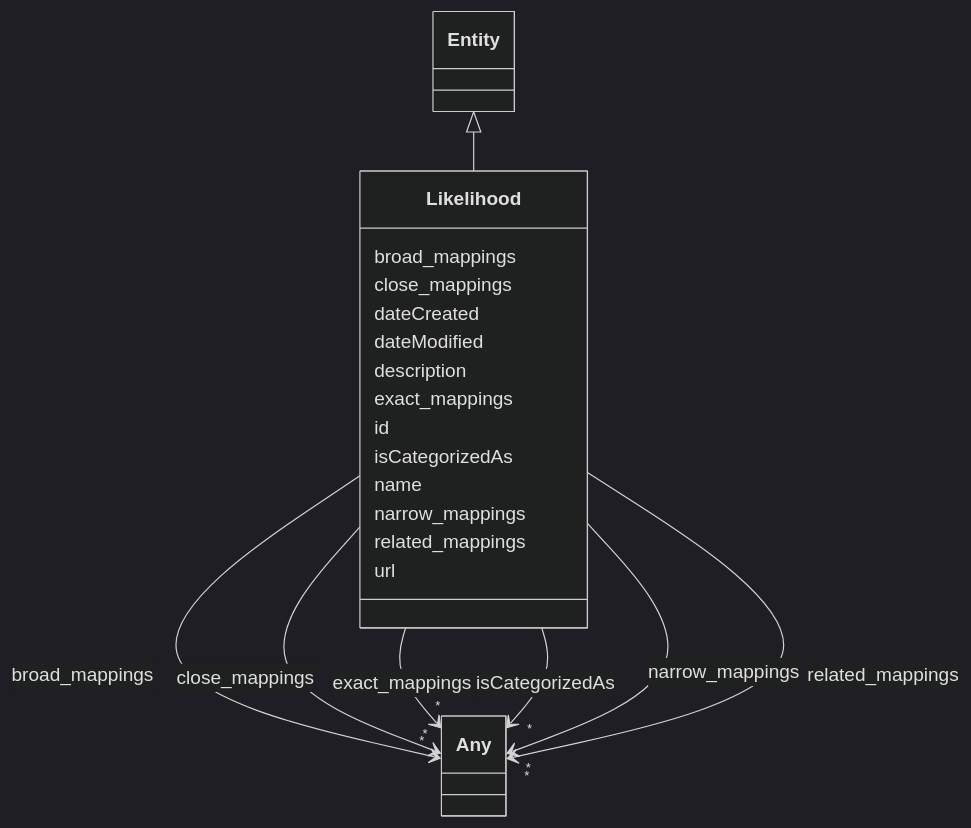
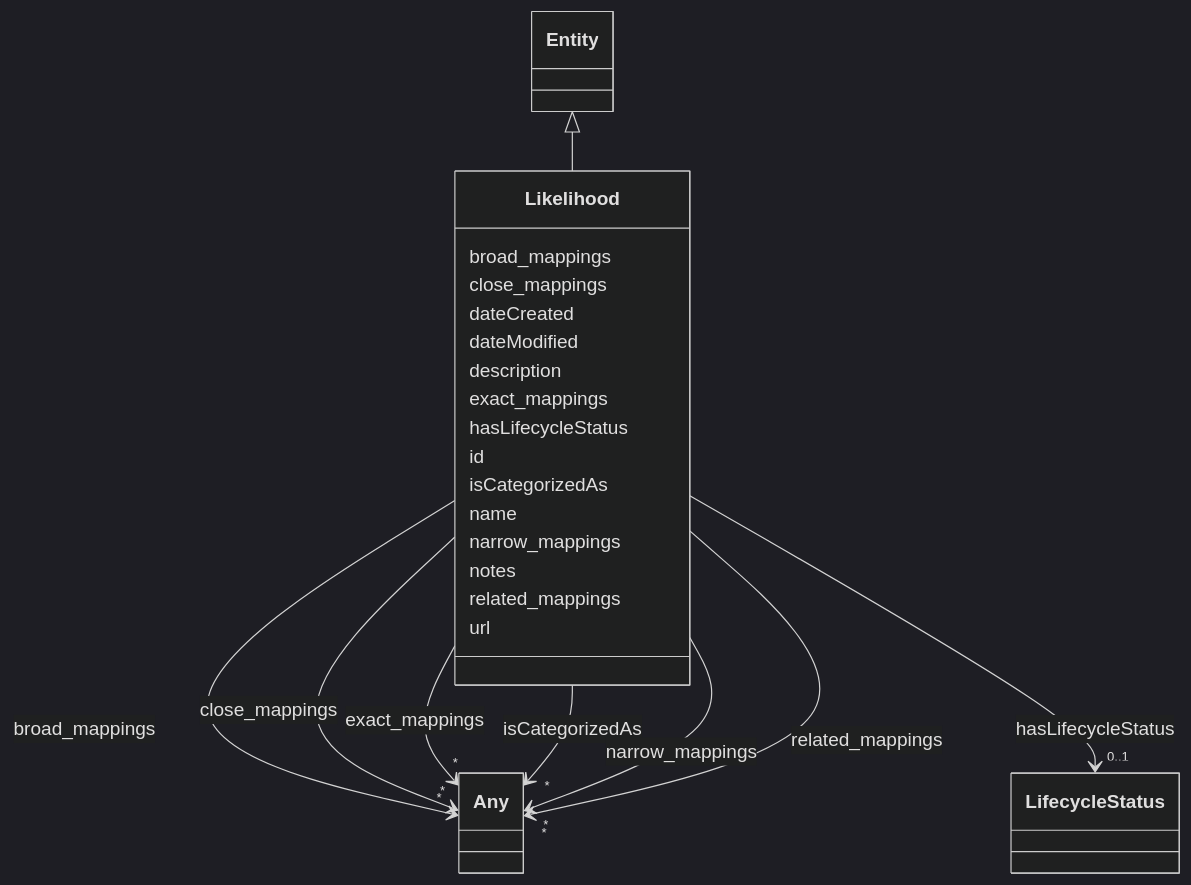
Before and after one commit to ingelise/risk-atlas-nexus: the diagram in docs/ontology/Likelihood.md, drawn with Mermaid (dark theme). The commit also changed other lines of this file and 190 other files, not shown here.

```diff
--- a/docs/ontology/Likelihood.md
+++ b/docs/ontology/Likelihood.md
@@ -55,6 +55,17 @@
 
 
 
+      Likelihood : hasLifecycleStatus
+
+
+
+
+
+        Likelihood --> "0..1" LifecycleStatus : hasLifecycleStatus
+        click LifecycleStatus href "../LifecycleStatus/"
+
+
+
       Likelihood : id
 
       Likelihood : isCategorizedAs
@@ -81,6 +92,8 @@
 
 
 
+      Likelihood : notes
+
       Likelihood : related_mappings
 
 
```
